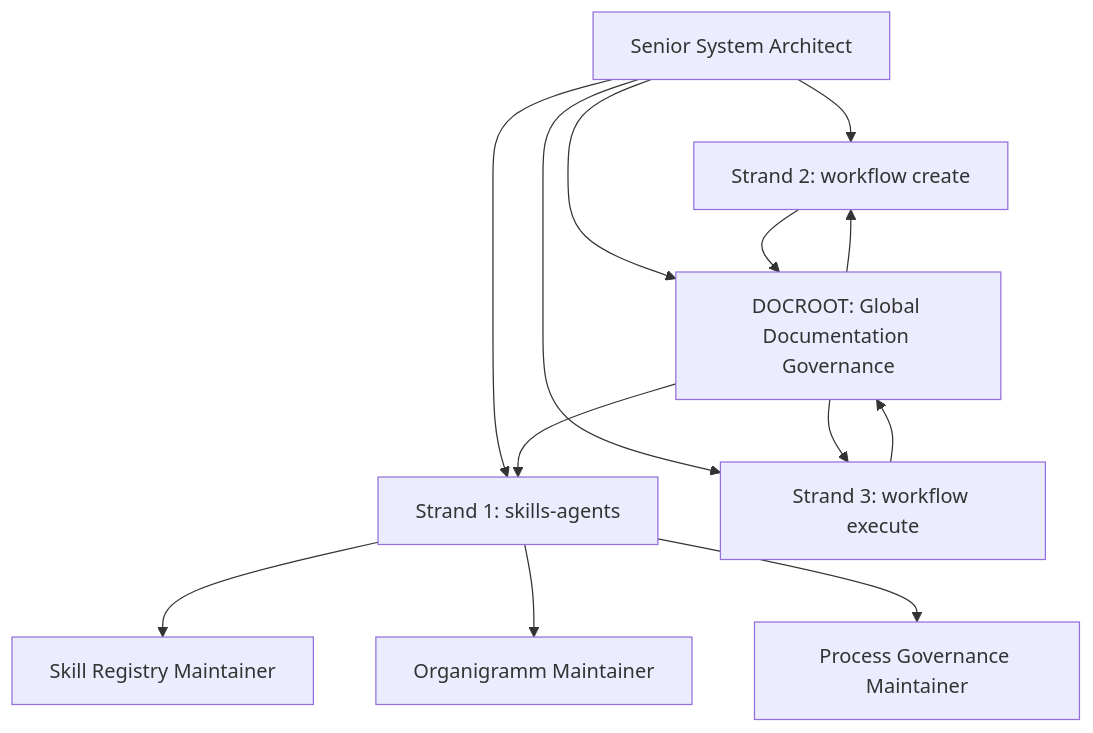
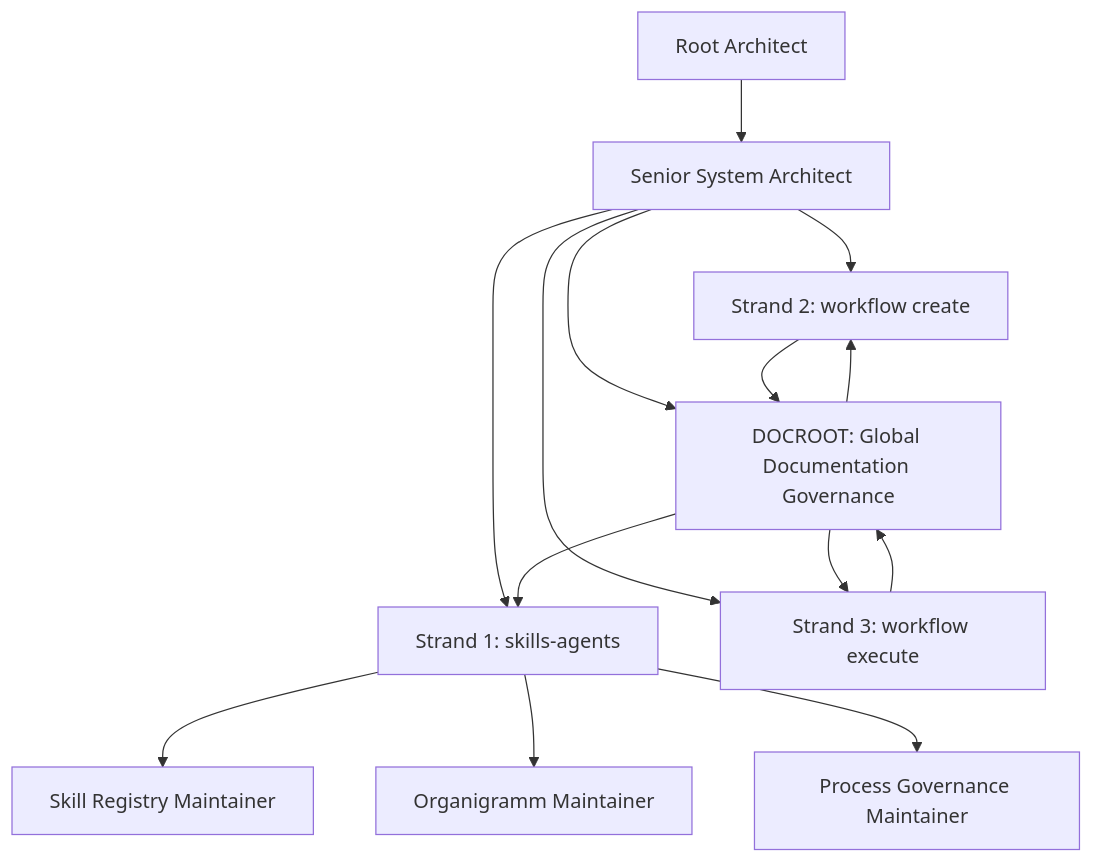
The first of 5 diagrams in docs/agents/agent-governance.md (MatthiasBurger-Coder/forensic_analytics), drawn with Mermaid before and after one commit. The commit also changed other lines of this file and 13 other files, not shown here.

First line of the commit message:
agent(governance): add dedicated Root Architect escalation role

````diff
--- a/docs/agents/agent-governance.md
+++ b/docs/agents/agent-governance.md
@@ -58,24 +59,26 @@
 ```mermaid
 flowchart TD
+  Root["Root Architect"]
   Architect["Senior System Architect"]
   Skills["Strand 1: skills-agents"]
   Create["Strand 2: workflow create"]
   Execute["Strand 3: workflow execute"]
   Docs["DOCROOT: Global Documentation Governance"]
   Registry["Skill Registry Maintainer"]
   Org["Organigramm Maintainer"]
   Process["Process Governance Maintainer"]
 
+  Root --> Architect
   Architect --> Skills
   Architect --> Create
   Architect --> Execute
   Architect --> Docs
   Docs --> Skills
   Docs --> Create
   Docs --> Execute
   Skills --> Registry
   Skills --> Org
   Skills --> Process
   Create --> Docs
   Execute --> Docs
 ```
````
